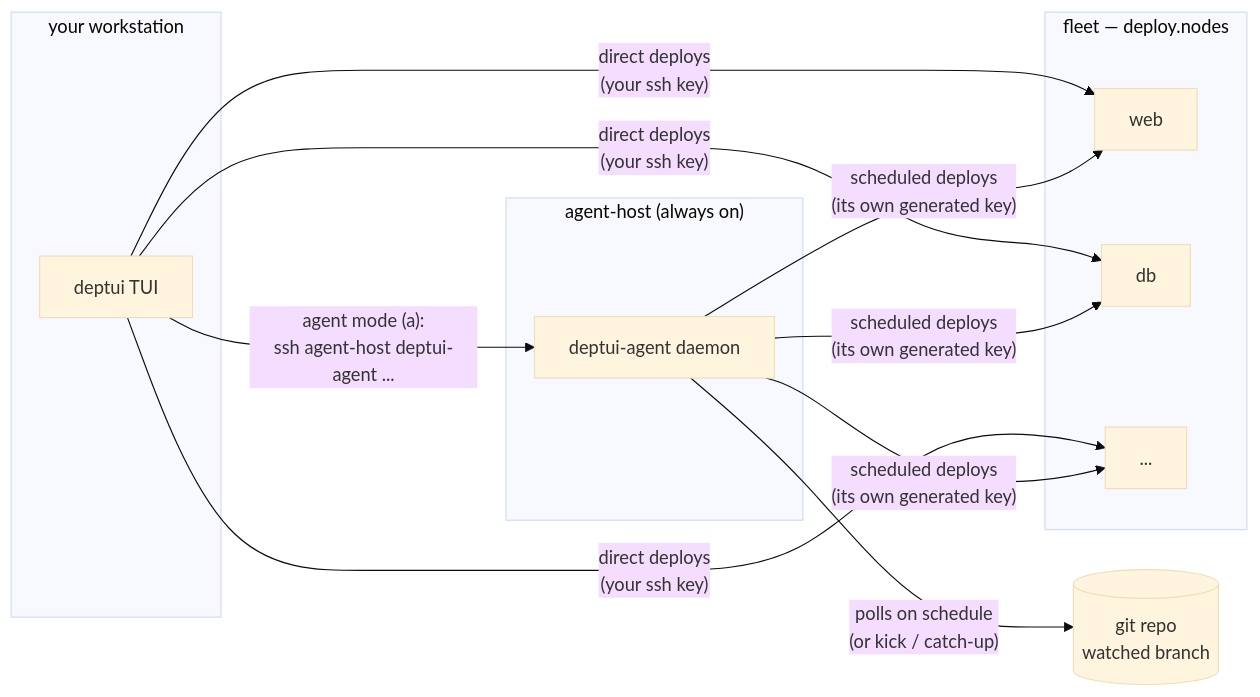
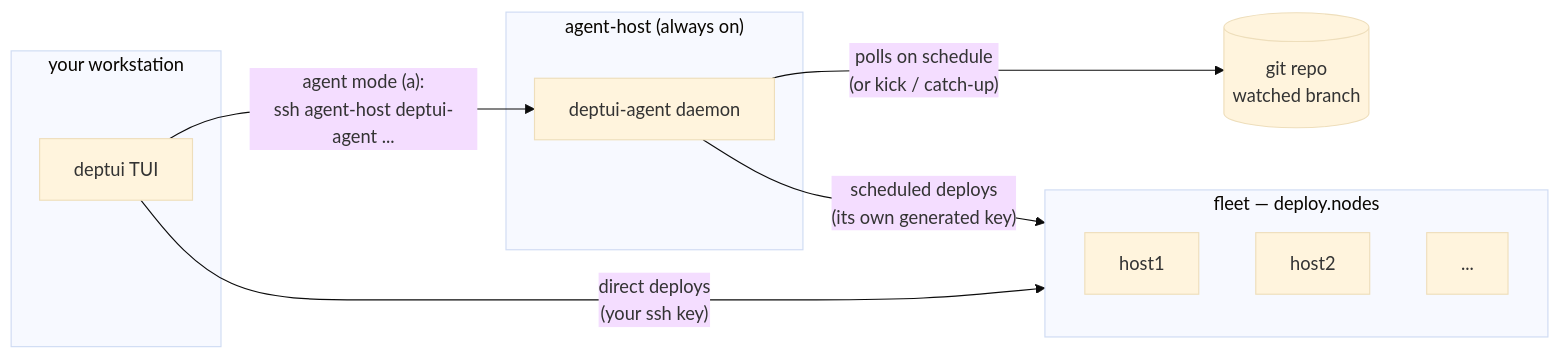
The first of 2 diagrams in docs/getting-started.md (jdguillot/deptui), drawn with Mermaid (base theme) before and after one commit. The commit also changed other lines of this file, not shown here.

Commit message:
Docs: host1/host2 placeholders; untangle the topology diagram
Per review: web/db read like they meant something — host1/host2 make
the placeholder-ness unmistakable, in the diagram and the watches
example both. The deploy arrows now target the fleet subgraph itself
instead of fanning out to every node (6 weaving edges down to 4), and
the repo node moved to the agent's side of the graph so the poll edge
doesn't cross the deploy lanes.

````diff
--- a/docs/getting-started.md
+++ b/docs/getting-started.md
@@ -58,23 +58,23 @@
 ```mermaid
 flowchart LR
-    repo[("git repo<br/>watched branch")]
-
     subgraph ws["your workstation"]
         tui["deptui TUI"]
     end
 
     subgraph ah["agent-host (always on)"]
         agent["deptui-agent daemon"]
     end
 
     subgraph fleet["fleet — deploy.nodes"]
-        web["web"]
-        db["db"]
+        host1["host1"]
+        host2["host2"]
         more["..."]
     end
 
-    tui -- "direct deploys<br/>(your ssh key)" --> web & db & more
+    repo[("git repo<br/>watched branch")]
+
+    tui -- "direct deploys<br/>(your ssh key)" --> fleet
     tui -- "agent mode (a):<br/>ssh agent-host deptui-agent ..." --> agent
+    agent -- "scheduled deploys<br/>(its own generated key)" --> fleet
     agent -- "polls on schedule<br/>(or kick / catch-up)" --> repo
-    agent -- "scheduled deploys<br/>(its own generated key)" --> web & db & more
 ```
````
